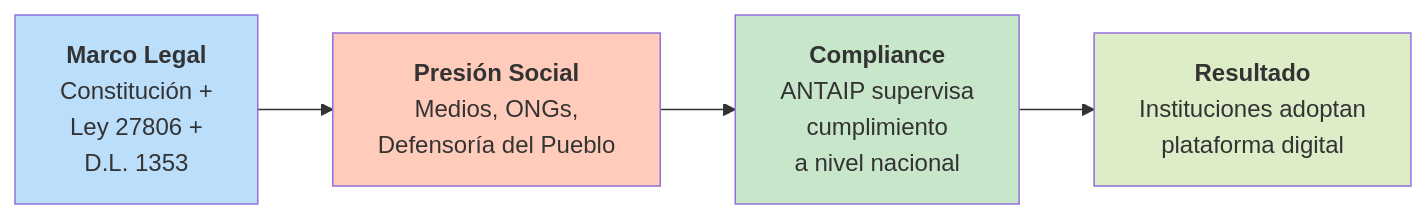
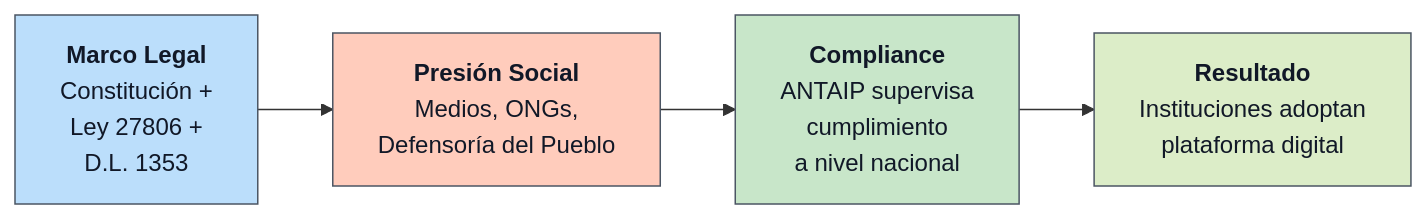
One commit to transparenciapublicadev/plataforma-saip-apelaciones changed the second of 7 diagrams in docs/src/content/docs/introduccion/contexto-proyecto.mdx. Above: the diagram before and after it, drawn with Mermaid. The commit also changed other lines of this file and 4 other files, not shown here.

First line of the commit message:
✨ feat(docs): improve Mermaid contrast and add docs CI workflow

````diff
--- a/docs/src/content/docs/introduccion/contexto-proyecto.mdx
+++ b/docs/src/content/docs/introduccion/contexto-proyecto.mdx
@@ -90,16 +90,16 @@
 ```mermaid
 graph LR
     LEGAL["<b>Marco Legal</b><br/>Constitución +<br/>Ley 27806 +<br/>D.L. 1353"]
     COMPLIANCE["<b>Compliance</b><br/>ANTAIP supervisa<br/>cumplimiento<br/>a nivel nacional"]
     LOBBYING["<b>Presión Social</b><br/>Medios, ONGs,<br/>Defensoría del Pueblo"]
     RESULTS["<b>Resultado</b><br/>Instituciones adoptan<br/>plataforma digital"]
     
     LEGAL --> LOBBYING
     LOBBYING --> COMPLIANCE
     COMPLIANCE --> RESULTS
     
-    style LEGAL fill:#bbdefb
-    style LOBBYING fill:#ffccbc
-    style COMPLIANCE fill:#c8e6c9
-    style RESULTS fill:#dcedc8
+    style LEGAL fill:#bbdefb,color:#111827,stroke:#4b5563,stroke-width:1px
+    style LOBBYING fill:#ffccbc,color:#111827,stroke:#4b5563,stroke-width:1px
+    style COMPLIANCE fill:#c8e6c9,color:#111827,stroke:#4b5563,stroke-width:1px
+    style RESULTS fill:#dcedc8,color:#111827,stroke:#4b5563,stroke-width:1px
 ```
````
